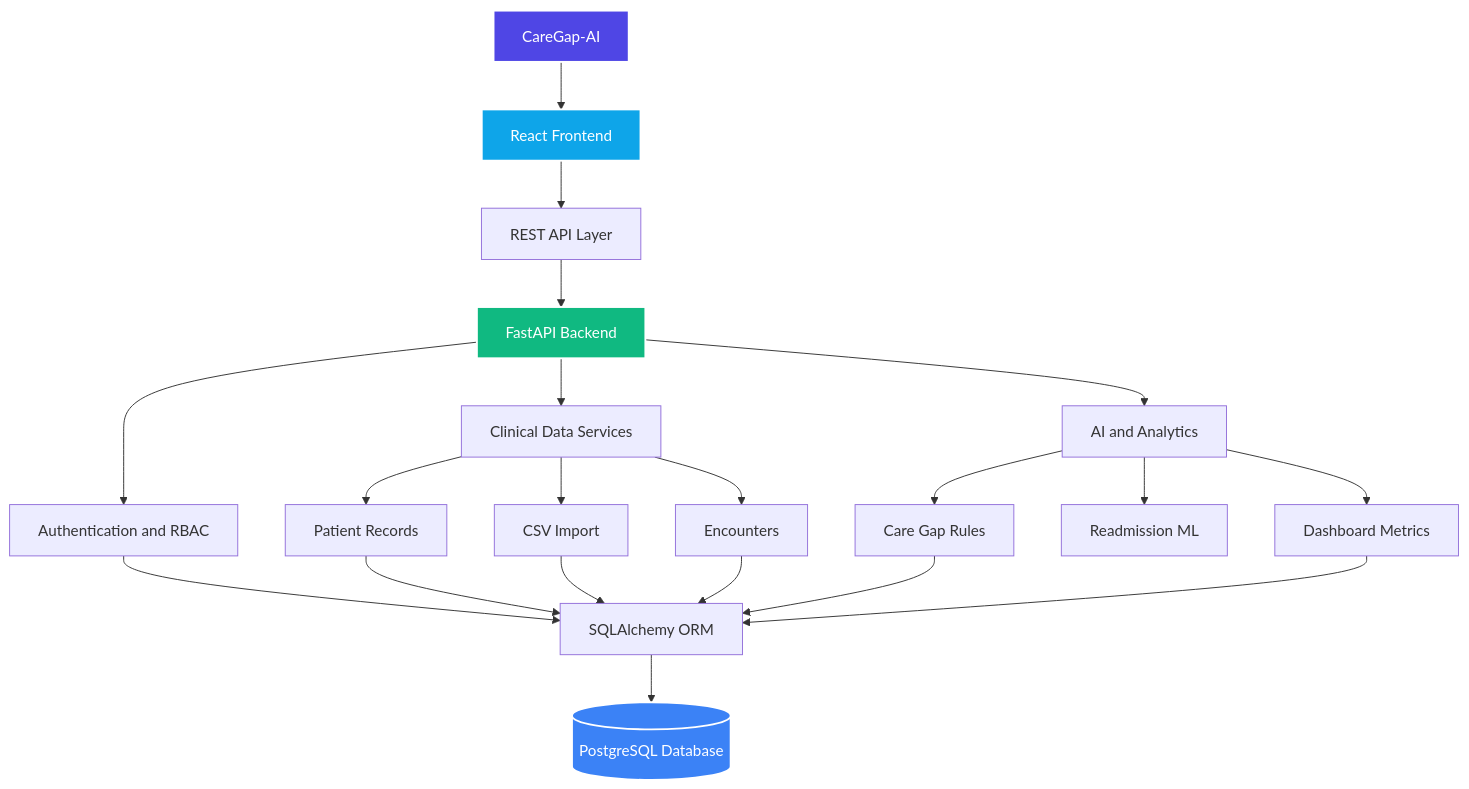
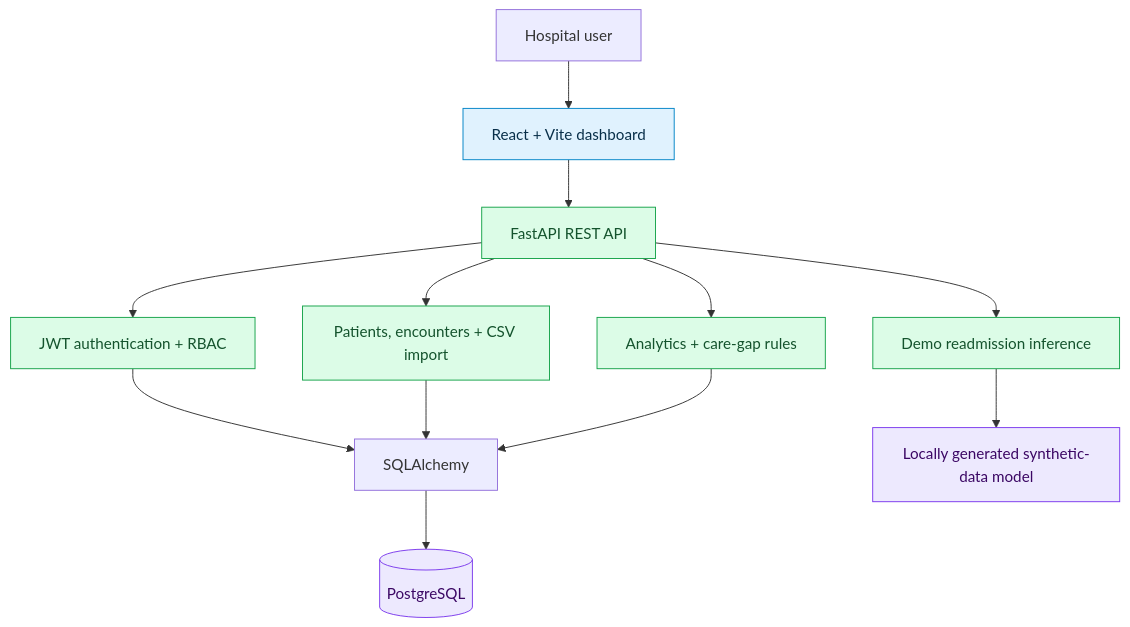
One commit to EmanZahid1644/CareGap-AI changed the diagram in README.md. Above: the diagram before and after it, drawn with Mermaid. The commit also changed other lines of this file, not shown here.

````diff
--- a/README.md
+++ b/README.md
@@ -69,29 +100,21 @@
 ```mermaid
-flowchart TD
-    A[CareGap-AI] --> B[React Frontend]
-    B --> C[REST API Layer]
-    C --> D[FastAPI Backend]
-    D --> E1[Authentication and RBAC]
-    D --> E2[Clinical Data Services]
-    D --> E3[AI and Analytics]
+graph TD
+    U[Hospital user] --> UI[React + Vite dashboard]
+    UI --> API[FastAPI REST API]
+    API --> AUTH[JWT authentication + RBAC]
+    API --> CLIN[Patients, encounters + CSV import]
+    API --> INS[Analytics + care-gap rules]
+    API --> ML[Demo readmission inference]
+    AUTH --> ORM[SQLAlchemy]
+    CLIN --> ORM
+    INS --> ORM
+    ORM --> DB[(PostgreSQL)]
+    ML --> MODEL[Locally generated synthetic-data model]
 
-    E2 --> F1[Patient Records]
-    E2 --> F2[CSV Import]
-    E2 --> F3[Encounters]
-    E3 --> F4[Care Gap Rules]
-    E3 --> F5[Readmission ML]
-    E3 --> F6[Dashboard Metrics]
-
-    E1 --> G[SQLAlchemy ORM]
-    F1 --> G
-    F2 --> G
-    F3 --> G
-    F4 --> G
-    F6 --> G
-    G --> H[(PostgreSQL Database)]
-
-    style A fill:#4f46e5,stroke:#fff,stroke-width:2px,color:#fff
-    style B fill:#0ea5e9,stroke:#fff,stroke-width:2px,color:#fff
-    style D fill:#10b981,stroke:#fff,stroke-width:2px,color:#fff
-    style H fill:#3b82f6,stroke:#fff,stroke-width:2px,color:#fff
+    classDef interface fill:#e0f2fe,stroke:#0284c7,color:#082f49;
+    classDef backend fill:#dcfce7,stroke:#16a34a,color:#14532d;
+    classDef storage fill:#ede9fe,stroke:#7c3aed,color:#3b0764;
+    class UI interface;
+    class API,AUTH,CLIN,INS,ML backend;
+    class DB,MODEL storage;
 ```
````
